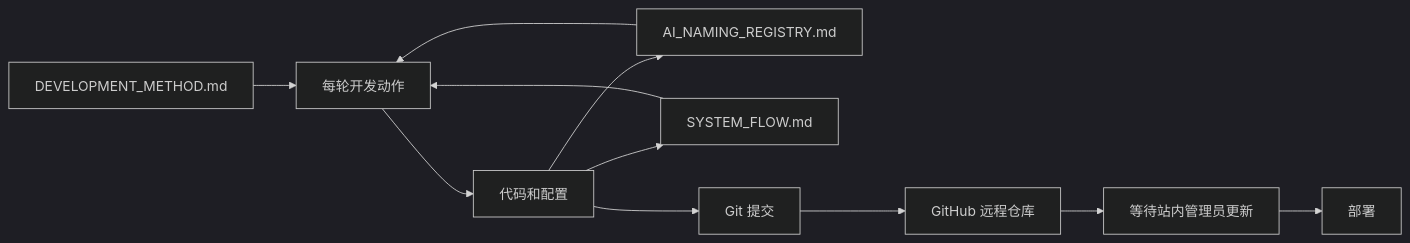
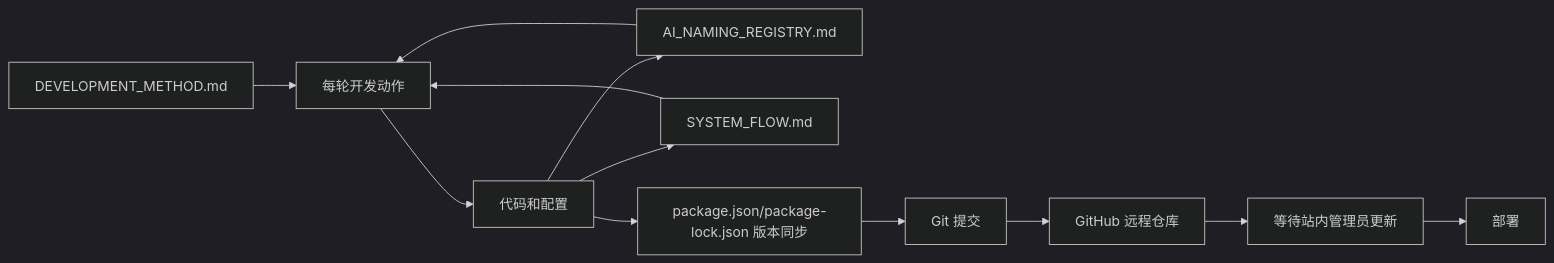
One commit to ttmanthatman/virtual-human-flow changed the second of 31 diagrams in docs/SYSTEM_FLOW.md. Above: the diagram before and after it, drawn with Mermaid (dark theme). The commit also changed other lines of this file and 7 other files, not shown here.

````diff
--- a/docs/SYSTEM_FLOW.md
+++ b/docs/SYSTEM_FLOW.md
@@ -65,13 +66,14 @@
 ```mermaid
 flowchart LR
     DM[DEVELOPMENT_METHOD.md] --> WORK[每轮开发动作]
     NR[AI_NAMING_REGISTRY.md] --> WORK
     SF[SYSTEM_FLOW.md] --> WORK
     WORK --> CODE[代码和配置]
     CODE --> NR
     CODE --> SF
-    CODE --> GIT[Git 提交]
+    CODE --> VER[package.json/package-lock.json 版本同步]
+    VER --> GIT[Git 提交]
     GIT --> GH[GitHub 远程仓库]
     GH --> WAIT[等待站内管理员更新]
     WAIT --> VPS[<production-domain> 部署]
 ```
````
